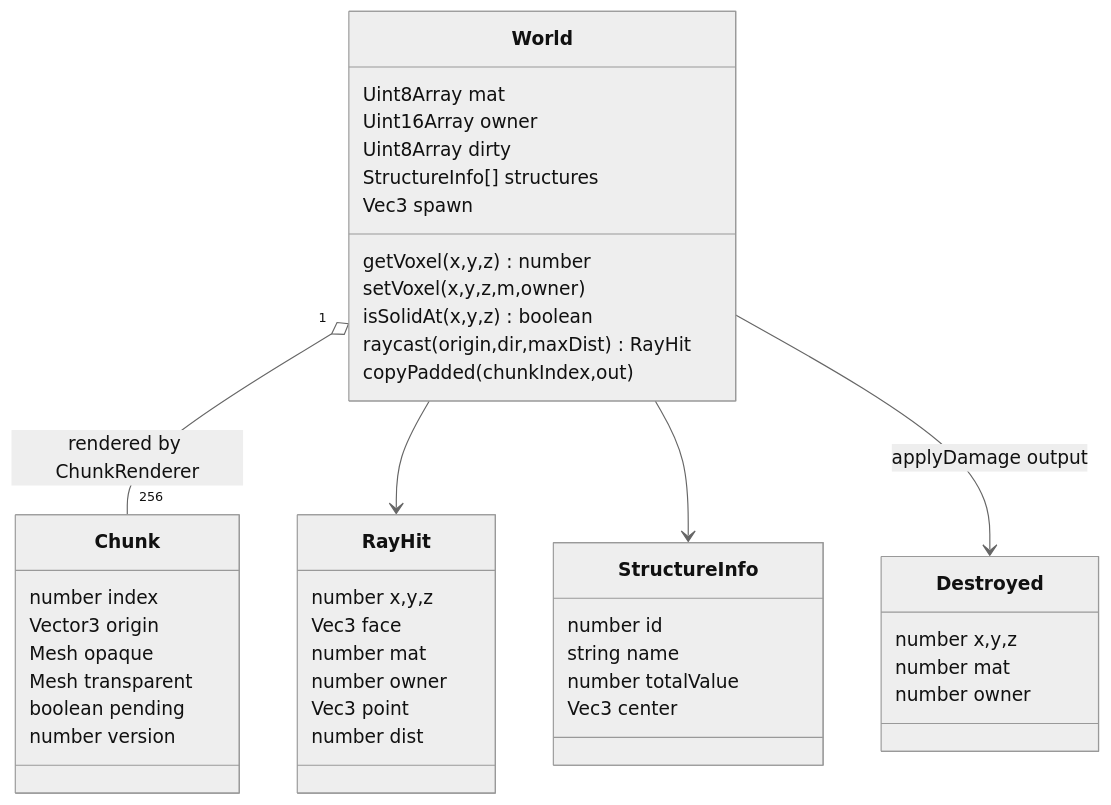
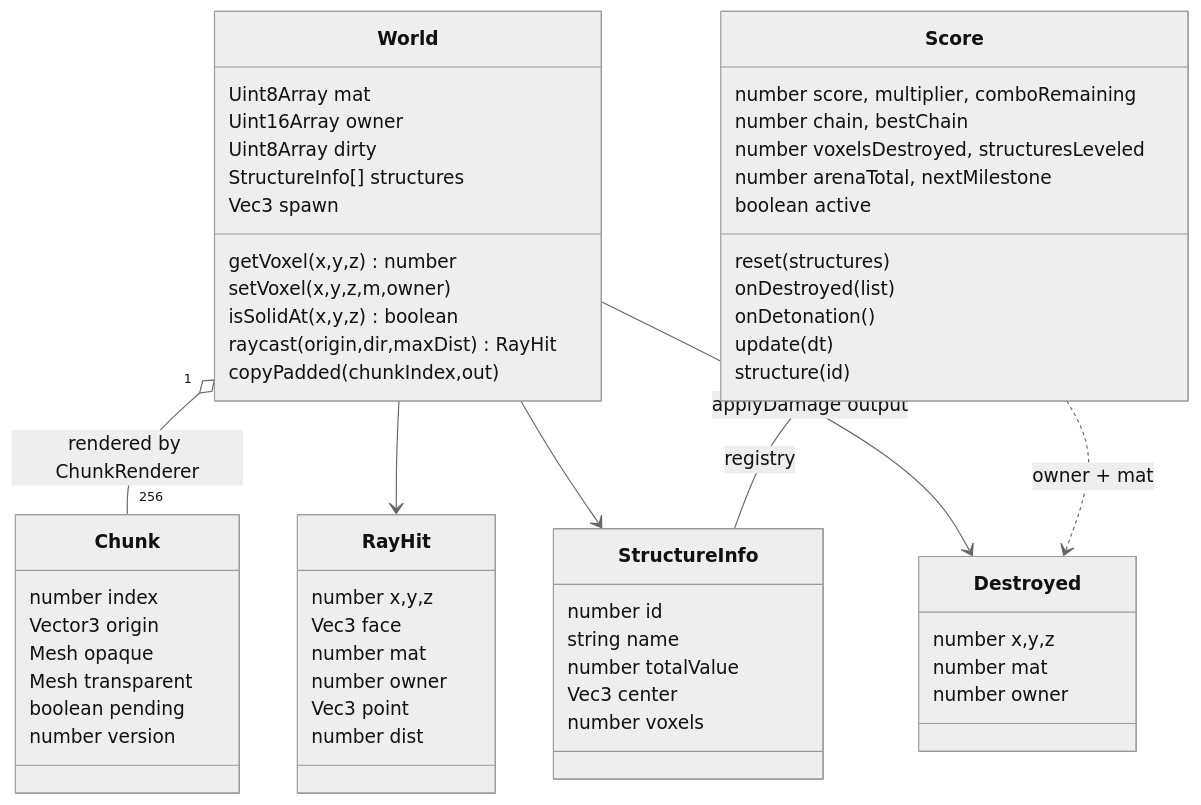
One commit to chesterbait88/Sandbox changed the ninth of 10 diagrams in docs/DEVELOPER-TREE.md. Above: the diagram before and after it, drawn with Mermaid (neutral theme). The commit also changed other lines of this file and 16 other files, not shown here.

First line of the commit message:
phase 3: structures and scoring — StructureCtx, placer, 14 recipes, Score with combos, leveled bonus and milestones

````diff
--- a/docs/DEVELOPER-TREE.md
+++ b/docs/DEVELOPER-TREE.md
@@ -177,46 +222,61 @@
 ```mermaid
 classDiagram
     class World {
         Uint8Array mat
         Uint16Array owner
         Uint8Array dirty
         StructureInfo[] structures
         Vec3 spawn
         getVoxel(x,y,z) number
         setVoxel(x,y,z,m,owner)
         isSolidAt(x,y,z) boolean
         raycast(origin,dir,maxDist) RayHit
         copyPadded(chunkIndex,out)
     }
     class Chunk {
         number index
         Vector3 origin
         Mesh opaque
         Mesh transparent
         boolean pending
         number version
     }
     class RayHit {
         number x,y,z
         Vec3 face
         number mat
         number owner
         Vec3 point
         number dist
     }
     class StructureInfo {
         number id
         string name
         number totalValue
         Vec3 center
+        number voxels
+    }
+    class Score {
+        number score, multiplier, comboRemaining
+        number chain, bestChain
+        number voxelsDestroyed, structuresLeveled
+        number arenaTotal, nextMilestone
+        boolean active
+        reset(structures)
+        onDestroyed(list)
+        onDetonation()
+        update(dt)
+        structure(id)
     }
     class Destroyed {
         number x,y,z
         number mat
         number owner
     }
     World "1" o-- "256" Chunk : rendered by ChunkRenderer
     World --> RayHit
     World --> StructureInfo
     World --> Destroyed : applyDamage output
+    Score o-- StructureInfo : registry
+    Score ..> Destroyed : owner + mat
 ```
````
